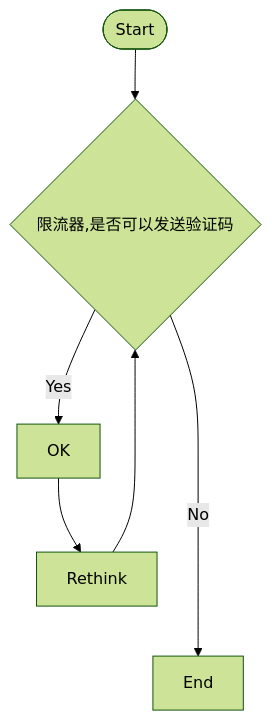
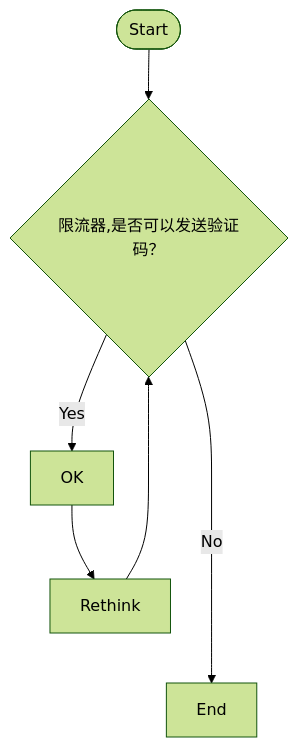
One commit to yingjianzh/iodraw-files changed the diagram in all/未命名-5.md. Above: the diagram before and after it, drawn with Mermaid (forest theme).

Commit message:
2024-08-08 17:58:47 update

````diff
--- a/all/未命名-5.md
+++ b/all/未命名-5.md
@@ -1,8 +1,8 @@
 ```mermaid
 flowchart TD
-    id1([Start]) --> B{限流器,是否可以发送验证码}
+    id1([Start]) --> B{限流器,是否可以发送验证码？}
     B -- Yes --> C[OK]
     C --> D[Rethink]
     D --> B
     B -- No ----> E[End]
 ```
````
